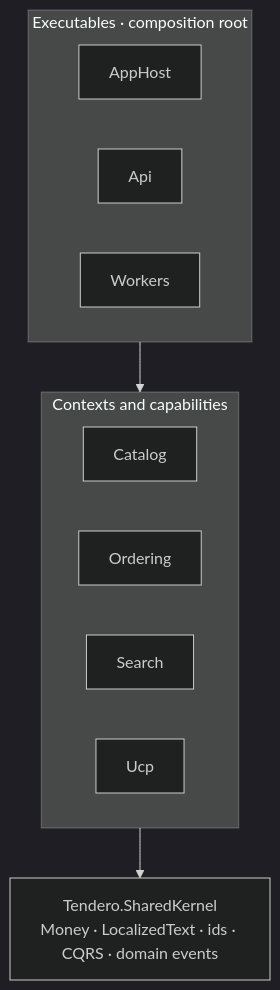
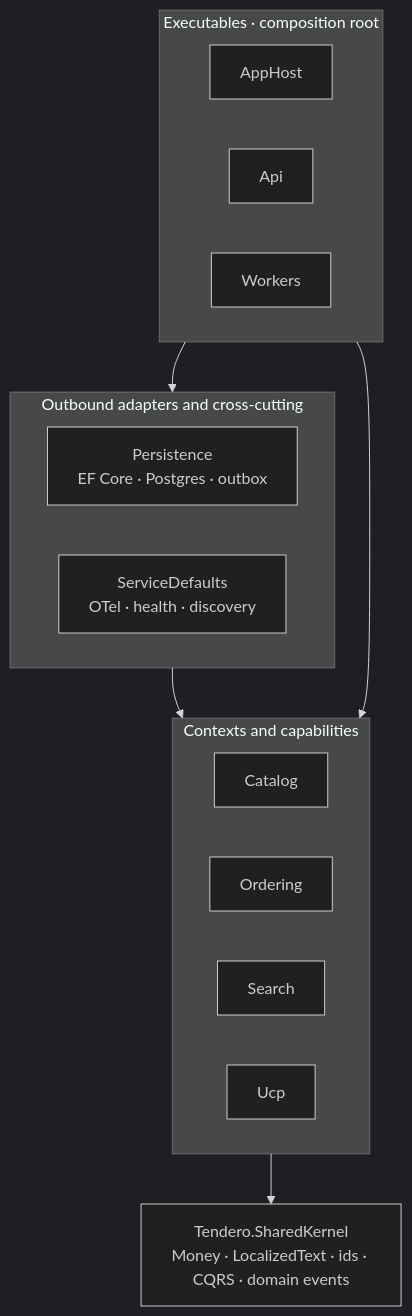
One commit to juanluelguerre/tendero changed the third of 3 diagrams in docs/architecture.md. Above: the diagram before and after it, drawn with Mermaid (dark theme). The commit also changed other lines of this file and 4 other files, not shown here.

````diff
--- a/docs/architecture.md
+++ b/docs/architecture.md
@@ -102,16 +102,21 @@
 ```mermaid
 flowchart TB
     subgraph Exec [Executables · composition root]
         AH[AppHost]
         APIP[Api]
         WKP[Workers]
+    end
+    subgraph Adapters [Outbound adapters and cross-cutting]
+        PER[Persistence<br/>EF Core · Postgres · outbox]
+        SD[ServiceDefaults<br/>OTel · health · discovery]
     end
     subgraph Ctx [Contexts and capabilities]
         C[Catalog]
         O[Ordering]
         S[Search]
         U[Ucp]
     end
     SK[Tendero.SharedKernel<br/>Money · LocalizedText · ids · CQRS · domain events]
-    Exec --> Ctx --> SK
+    Exec --> Adapters --> Ctx --> SK
+    Exec --> Ctx
 ```
````
